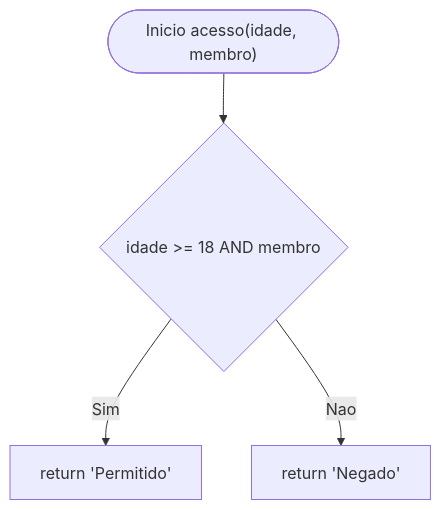
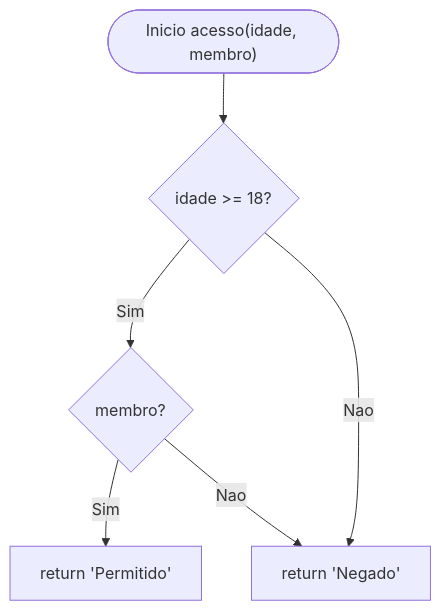
One commit to LuiisMarim/Simula-o-e-teste-de-software- changed the third of 8 diagrams in Lab04/doc/link.md. Above: the diagram before and after it, drawn with Mermaid. The commit also changed other lines of this file, not shown here.

Commit message:
Refactor flowchart and update section titles

````diff
--- a/Lab04/doc/link.md
+++ b/Lab04/doc/link.md
@@ -212,11 +212,14 @@
 ```mermaid
 flowchart TD
     N1(["Inicio acesso(idade, membro)"])
-    N2{"idade >= 18 AND membro"}
-    N3["return 'Permitido'"]
-    N4["return 'Negado'"]
+    N2{"idade >= 18?"}
+    N3{"membro?"}
+    N4["return 'Permitido'"]
+    N5["return 'Negado'"]
 
     N1 --> N2
     N2 -- Sim --> N3
-    N2 -- Nao --> N4
+    N2 -- Nao --> N5
+    N3 -- Sim --> N4
+    N3 -- Nao --> N5
 ```
````
